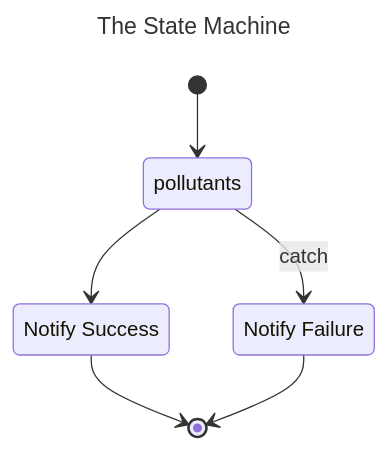
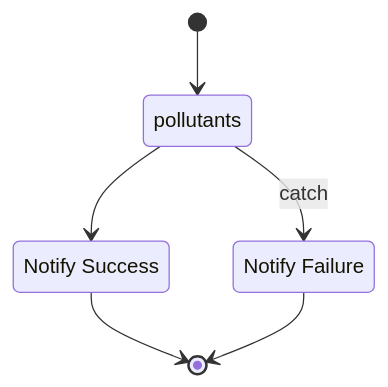
One commit to disquisitions/pollutants changed the diagram in README.md. Above: the diagram before and after it, drawn with Mermaid. The commit also changed other lines of this file, not shown here.

````diff
--- a/README.md
+++ b/README.md
@@ -25,17 +29,16 @@
 ```mermaid
----
-title: The State Machine
----
+
 stateDiagram-v2
     id1: pollutants
     id2: Notify Success
     id3: Notify Failure
 
     [*] --> id1
     
     id1 --> id2
     id1 --> id3: catch
 
     id2 --> [*]
     id3 --> [*]
+
 ```
````
